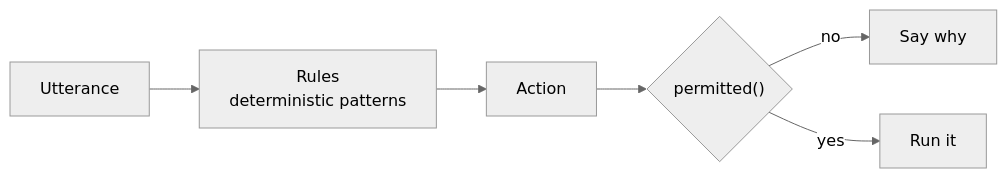
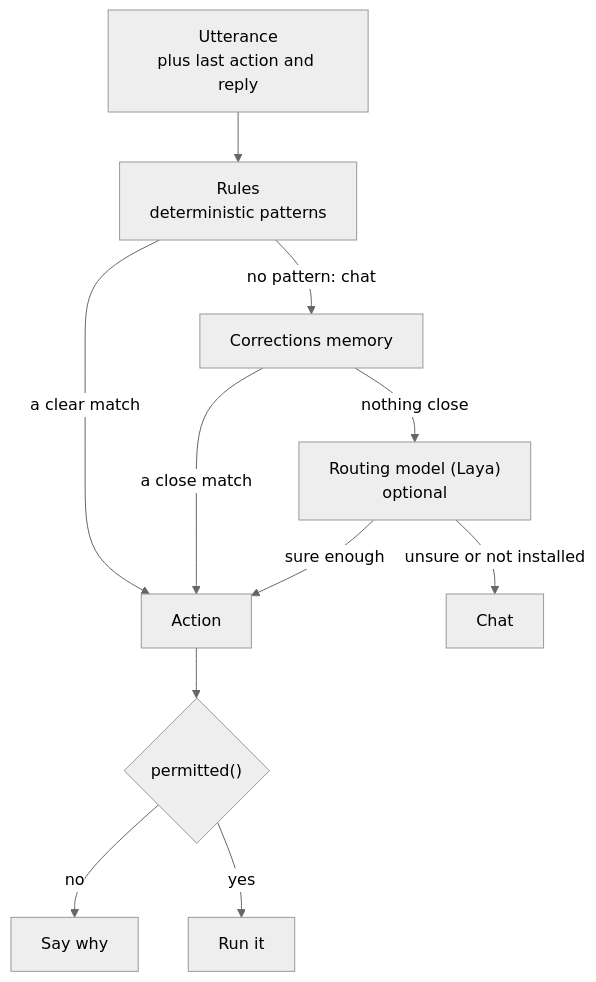
The diagram in docs/ROUTER.md (rithulkamesh/sunday), drawn with Mermaid (neutral theme) before and after one commit. The commit also changed other lines of this file and 7 other files, not shown here.

````diff
--- a/docs/ROUTER.md
+++ b/docs/ROUTER.md
@@ -11,8 +11,13 @@
 ```mermaid
-flowchart LR
-    u["Utterance"] --> rules["Rules<br/>deterministic patterns"]
-    rules --> a["Action"]
+flowchart TD
+    u["Utterance<br/>plus last action and reply"] --> rules["Rules<br/>deterministic patterns"]
+    rules -- "a clear match" --> a["Action"]
+    rules -- "no pattern: chat" --> mem["Corrections memory"]
+    mem -- "a close match" --> a
+    mem -- "nothing close" --> model["Routing model (Laya)<br/>optional"]
+    model -- "sure enough" --> a
+    model -- "unsure or not installed" --> chat["Chat"]
     a --> p{"permitted()"}
     p -- "no" --> why["Say why"]
     p -- "yes" --> run["Run it"]
 ```
````
